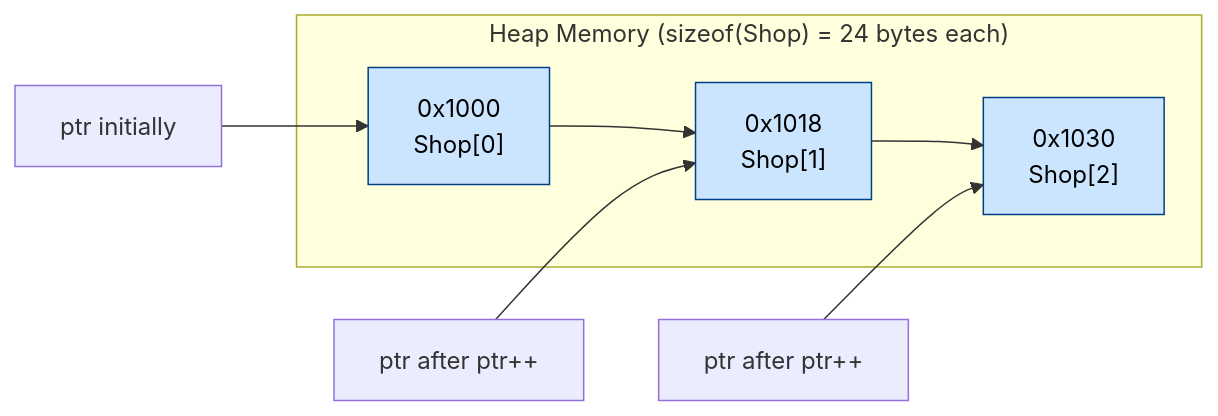
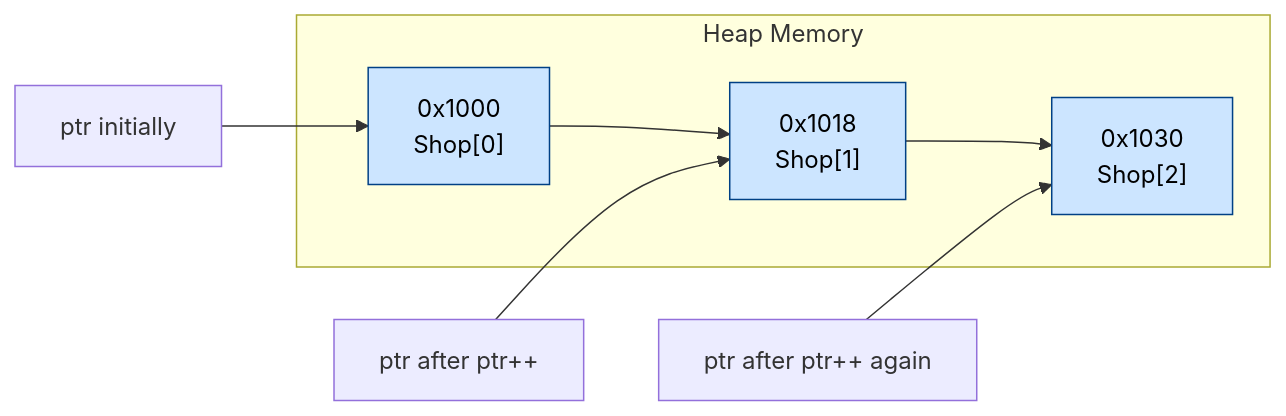
Before and after one commit to sakshamsontakke/Mastering-CPP: diagram 12 of 22 in 02-Object-Oriented-Programming/40_masteringPointersAndDynamicMemory.md, drawn with Mermaid. The commit also changed other lines of this file, not shown here.

````diff
--- a/02-Object-Oriented-Programming/40_masteringPointersAndDynamicMemory.md
+++ b/02-Object-Oriented-Programming/40_masteringPointersAndDynamicMemory.md
@@ -461,17 +456,17 @@
 ```mermaid
 graph LR
-    subgraph Memory["Heap Memory (sizeof(Shop) = 24 bytes each)"]
+    subgraph Memory["Heap Memory"]
         A["0x1000\nShop[0]"]
         B["0x1018\nShop[1]"]
         C["0x1030\nShop[2]"]
         A --> B --> C
     end
 
     P0["ptr initially"] --> A
     P1["ptr after ptr++"] --> B
-    P2["ptr after ptr++"] --> C
+    P2["ptr after ptr++ again"] --> C
 
     style A fill:#cce5ff,stroke:#004085,color:#000
     style B fill:#cce5ff,stroke:#004085,color:#000
     style C fill:#cce5ff,stroke:#004085,color:#000
 ```
````
